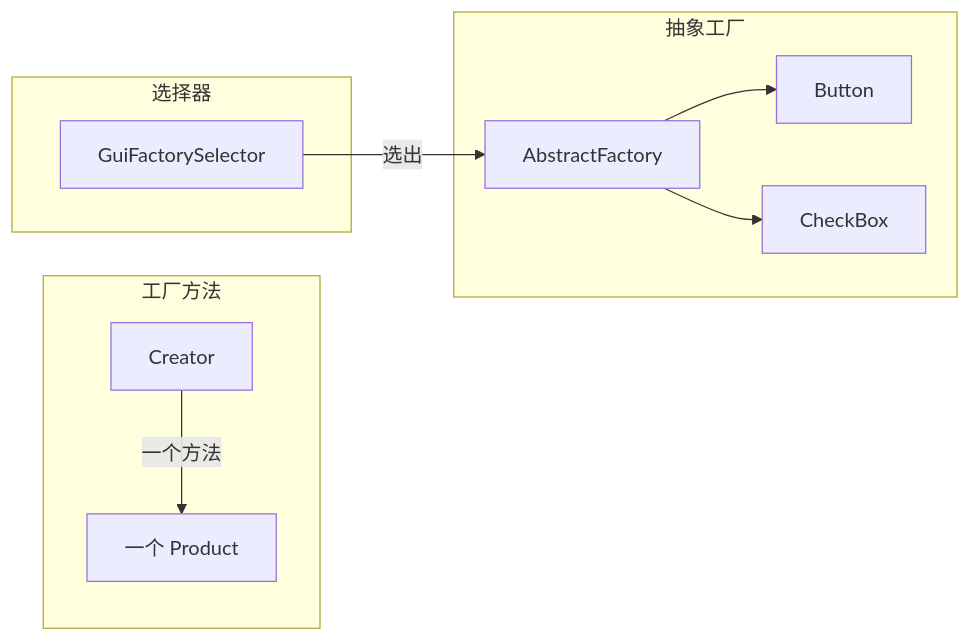
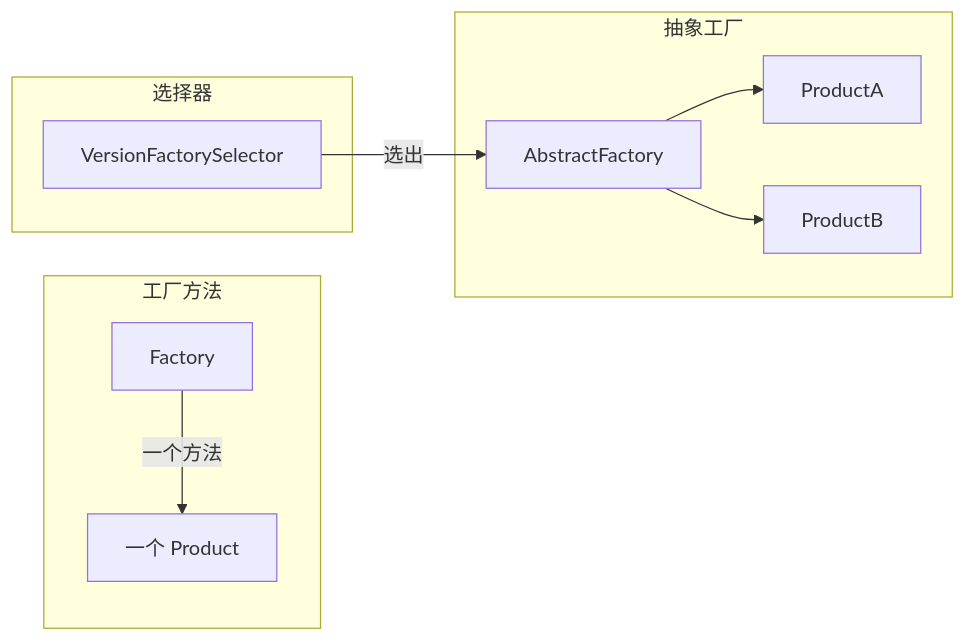
Before and after one commit to zackdlut/design_pattern: the ninth of 9 diagrams in docs/creational/abstract_factory.md, drawn with Mermaid. The commit also changed other lines of this file and 12 other files, not shown here.

````diff
--- a/docs/creational/abstract_factory.md
+++ b/docs/creational/abstract_factory.md
@@ -372,13 +372,13 @@
 ```mermaid
 flowchart LR
   subgraph FM[工厂方法]
-    C1[Creator] -->|一个方法| P1[一个 Product]
+    C1[Factory] -->|一个方法| P1[一个 Product]
   end
   subgraph AF[抽象工厂]
-    F2[AbstractFactory] --> B[Button]
-    F2 --> X[CheckBox]
+    F2[AbstractFactory] --> B[ProductA]
+    F2 --> X[ProductB]
   end
   subgraph SEL[选择器]
-    S[GuiFactorySelector] -->|选出| F2
+    S[VersionFactorySelector] -->|选出| F2
   end
 ```
````
